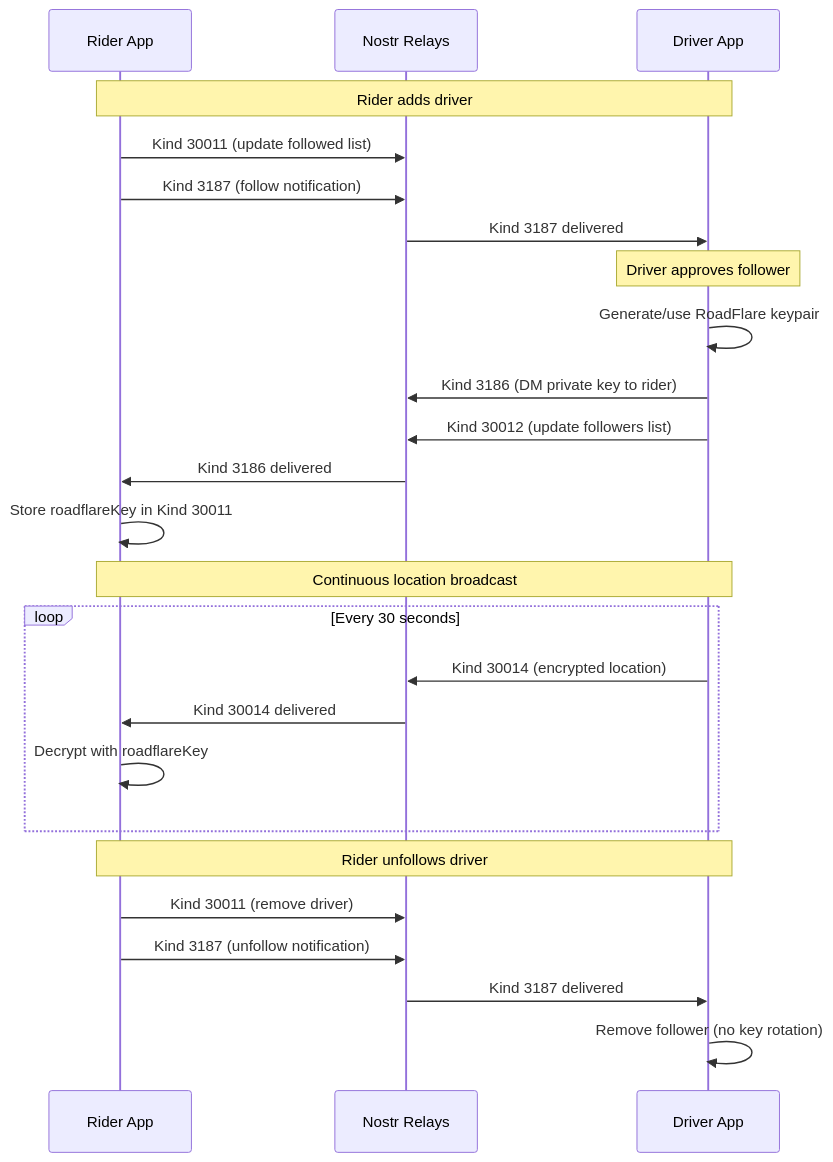
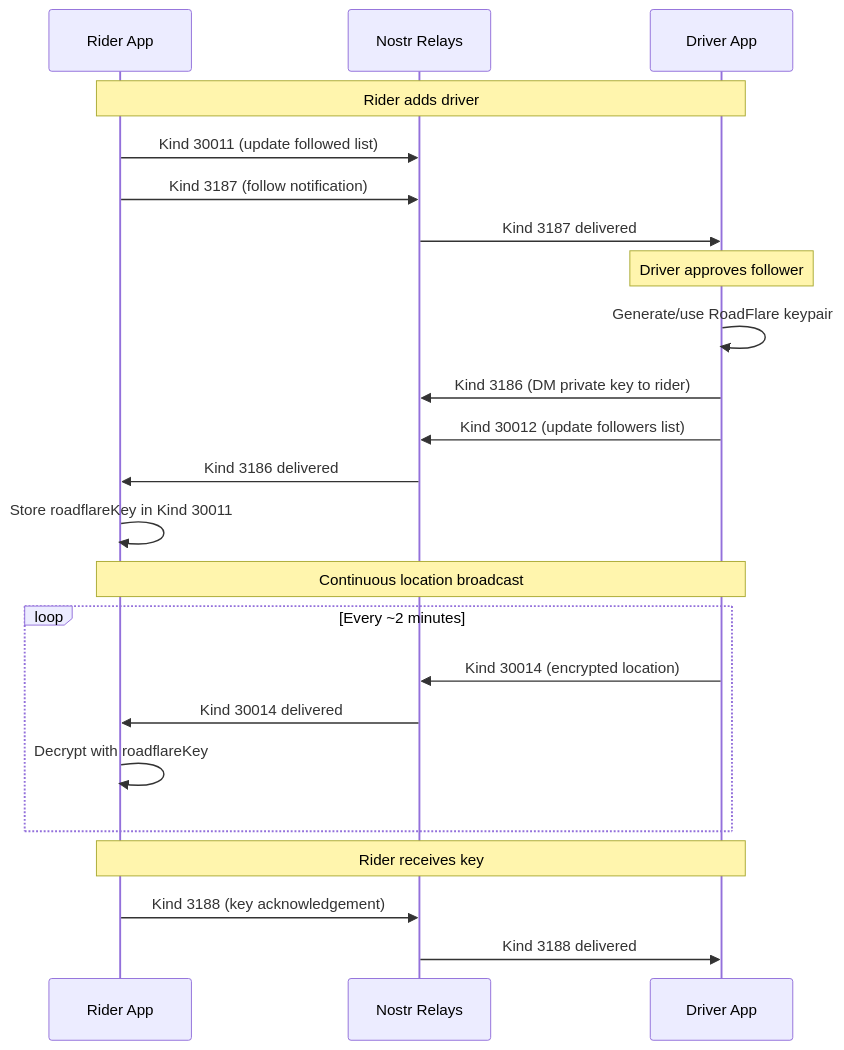
Before and after one commit to variablefate/ridestr: the seventh of 7 diagrams in docs/CONNECTIONS.md, drawn with Mermaid. The commit also changed other lines of this file and 32 other files, not shown here.

````diff
--- a/docs/CONNECTIONS.md
+++ b/docs/CONNECTIONS.md
@@ -579,32 +590,30 @@
 ```mermaid
 sequenceDiagram
     participant R as Rider App
     participant N as Nostr Relays
     participant D as Driver App
 
     Note over R,D: Rider adds driver
     R->>N: Kind 30011 (update followed list)
     R->>N: Kind 3187 (follow notification)
     N->>D: Kind 3187 delivered
 
     Note over D: Driver approves follower
     D->>D: Generate/use RoadFlare keypair
     D->>N: Kind 3186 (DM private key to rider)
     D->>N: Kind 30012 (update followers list)
 
     N->>R: Kind 3186 delivered
     R->>R: Store roadflareKey in Kind 30011
 
     Note over R,D: Continuous location broadcast
-    loop Every 30 seconds
+    loop Every ~2 minutes
         D->>N: Kind 30014 (encrypted location)
         N->>R: Kind 30014 delivered
         R->>R: Decrypt with roadflareKey
     end
 
-    Note over R,D: Rider unfollows driver
-    R->>N: Kind 30011 (remove driver)
-    R->>N: Kind 3187 (unfollow notification)
-    N->>D: Kind 3187 delivered
-    D->>D: Remove follower (no key rotation)
+    Note over R,D: Rider receives key
+    R->>N: Kind 3188 (key acknowledgement)
+    N->>D: Kind 3188 delivered
 ```
````
